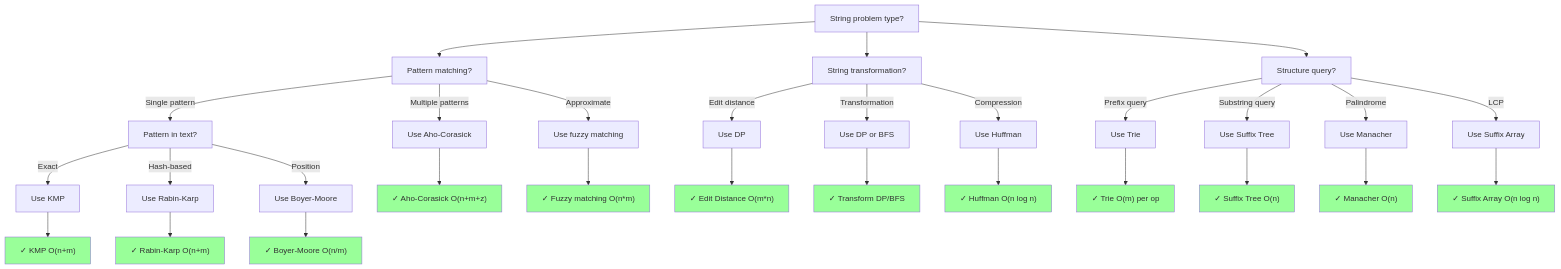
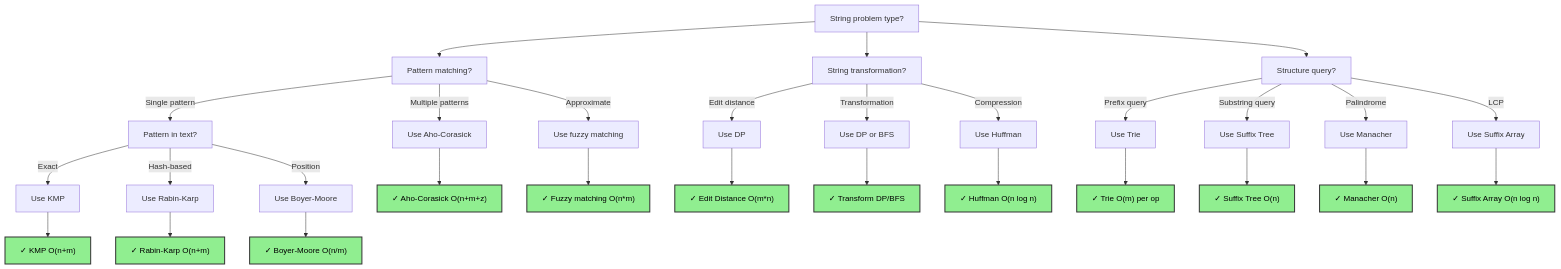
One commit to souradeepta/interviewprep changed the seventh of 7 diagrams in docs/guides/algorithm_selection_guide.md. Above: the diagram before and after it, drawn with Mermaid. The commit also changed other lines of this file and 31 other files, not shown here.

Commit message:
updated graphs

````diff
--- a/docs/guides/algorithm_selection_guide.md
+++ b/docs/guides/algorithm_selection_guide.md
@@ -422,49 +422,49 @@
 ```mermaid
 graph TD
     A["String problem type?"] --> B["Pattern matching?"]
     A --> C["String transformation?"]
     A --> D["Structure query?"]
     
     B -->|Single pattern| E["Pattern in text?"]
     B -->|Multiple patterns| F["Use Aho-Corasick"]
     B -->|Approximate| G["Use fuzzy matching"]
     
     E -->|Exact| H["Use KMP"]
     E -->|Hash-based| I["Use Rabin-Karp"]
     E -->|Position| J["Use Boyer-Moore"]
     
     C -->|Edit distance| K["Use DP"]
     C -->|Transformation| L["Use DP or BFS"]
     C -->|Compression| M["Use Huffman"]
     
     D -->|Prefix query| N["Use Trie"]
     D -->|Substring query| O["Use Suffix Tree"]
     D -->|Palindrome| P["Use Manacher"]
     D -->|LCP| Q["Use Suffix Array"]
     
     F --> R["✓ Aho-Corasick O(n+m+z)"]
     G --> S["✓ Fuzzy matching O(n*m)"]
     H --> T["✓ KMP O(n+m)"]
     I --> U["✓ Rabin-Karp O(n+m)"]
     J --> V["✓ Boyer-Moore O(n/m)"]
     K --> W["✓ Edit Distance O(m*n)"]
     L --> X["✓ Transform DP/BFS"]
     M --> Y["✓ Huffman O(n log n)"]
     N --> Z["✓ Trie O(m) per op"]
     O --> AA["✓ Suffix Tree O(n)"]
     P --> AB["✓ Manacher O(n)"]
     Q --> AC["✓ Suffix Array O(n log n)"]
     
-    style R fill:#99ff99
-    style S fill:#99ff99
-    style T fill:#99ff99
-    style U fill:#99ff99
-    style V fill:#99ff99
-    style W fill:#99ff99
-    style X fill:#99ff99
-    style Y fill:#99ff99
-    style Z fill:#99ff99
-    style AA fill:#99ff99
-    style AB fill:#99ff99
-    style AC fill:#99ff99
+    style R fill:#90ee90,color:#000,stroke:#333,stroke-width:2px
+    style S fill:#90ee90,color:#000,stroke:#333,stroke-width:2px
+    style T fill:#90ee90,color:#000,stroke:#333,stroke-width:2px
+    style U fill:#90ee90,color:#000,stroke:#333,stroke-width:2px
+    style V fill:#90ee90,color:#000,stroke:#333,stroke-width:2px
+    style W fill:#90ee90,color:#000,stroke:#333,stroke-width:2px
+    style X fill:#90ee90,color:#000,stroke:#333,stroke-width:2px
+    style Y fill:#90ee90,color:#000,stroke:#333,stroke-width:2px
+    style Z fill:#90ee90,color:#000,stroke:#333,stroke-width:2px
+    style AA fill:#90ee90,color:#000,stroke:#333,stroke-width:2px
+    style AB fill:#90ee90,color:#000,stroke:#333,stroke-width:2px
+    style AC fill:#90ee90,color:#000,stroke:#333,stroke-width:2px
 ```
````
